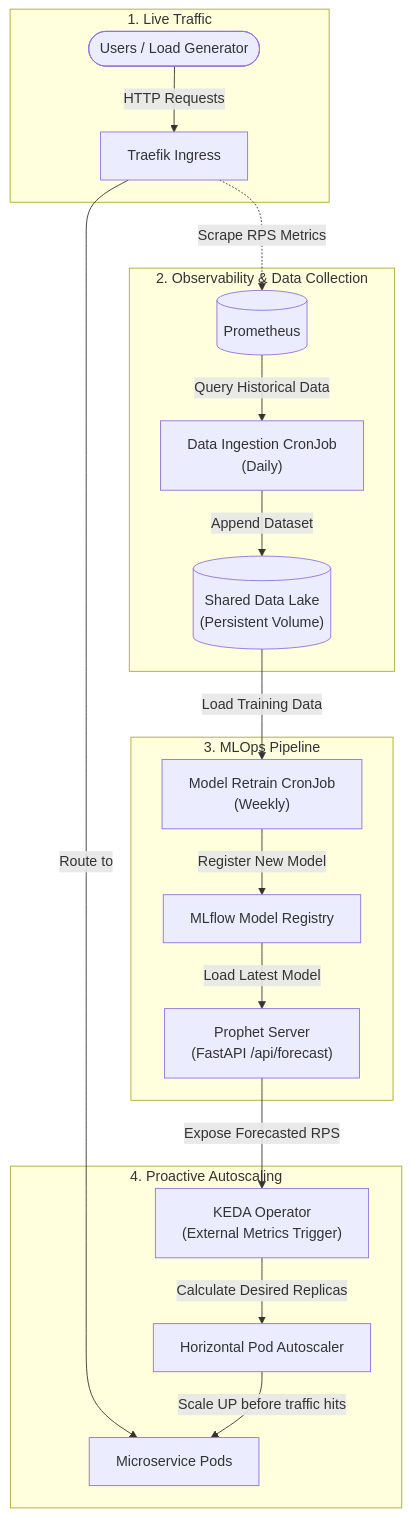
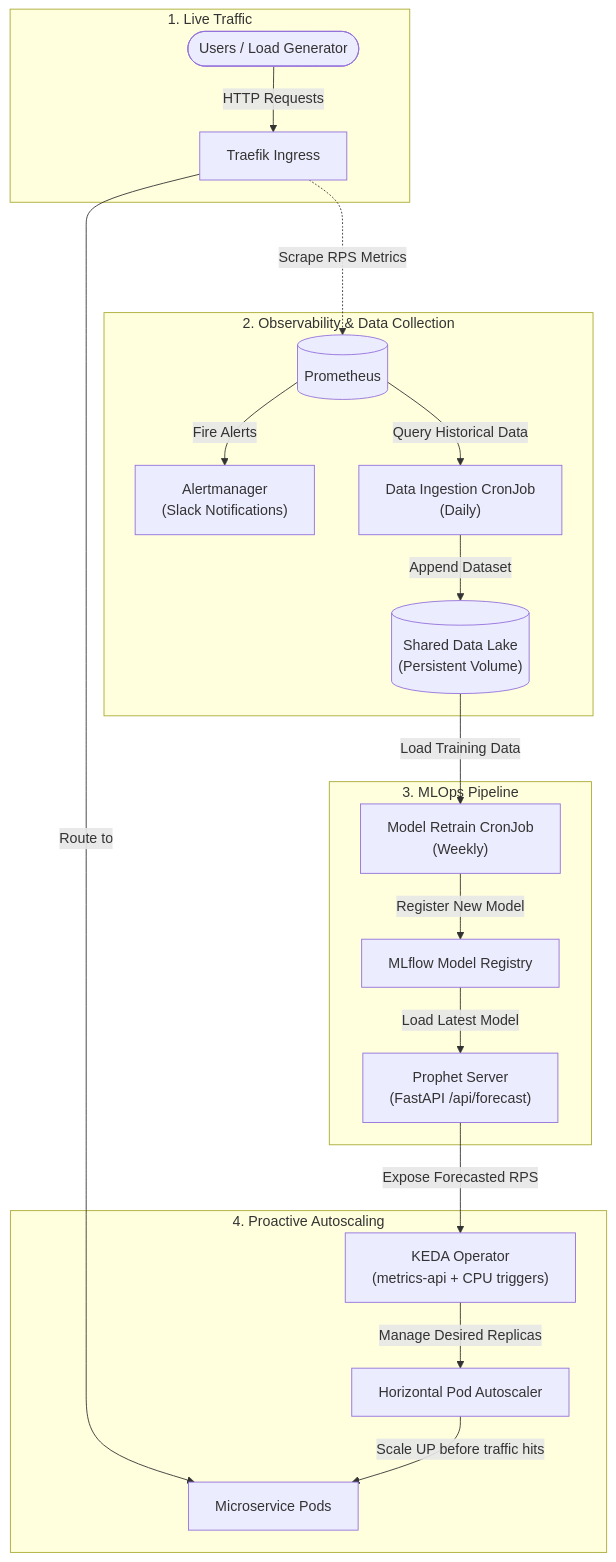
Before and after one commit to hmdat-1706/proactive-scaling-microservices: the first of 3 diagrams in README.md, drawn with Mermaid. The commit also changed other lines of this file, not shown here.

````diff
--- a/README.md
+++ b/README.md
@@ -101,37 +105,39 @@
 ```mermaid
 graph TD
     subgraph TRAFFIC ["1. Live Traffic"]
         User(["Users / Load Generator"])
         Ingress["Traefik Ingress"]
     end
 
     subgraph OBSERVE ["2. Observability & Data Collection"]
         Prometheus[("Prometheus")]
+        Alertmanager["Alertmanager\n(Slack Notifications)"]
         DataIngest["Data Ingestion CronJob\n(Daily)"]
         PV[("Shared Data Lake\n(Persistent Volume)")]
     end
 
     subgraph MLOPS ["3. MLOps Pipeline"]
         Retrain["Model Retrain CronJob\n(Weekly)"]
         MLflow["MLflow Model Registry"]
         Prophet["Prophet Server\n(FastAPI /api/forecast)"]
     end
 
     subgraph SCALE ["4. Proactive Autoscaling"]
-        KEDA["KEDA Operator\n(External Metrics Trigger)"]
+        KEDA["KEDA Operator\n(metrics-api + CPU triggers)"]
         HPA["Horizontal Pod Autoscaler"]
         Pods["Microservice Pods"]
     end
 
     User -->|"HTTP Requests"| Ingress
     Ingress -->|"Route to"| Pods
-    Ingress -.->|"Scrape RPS Metrics"| Prometheus
+    Ingress -..->|"Scrape RPS Metrics"| Prometheus
+    Prometheus -->|"Fire Alerts"| Alertmanager
     Prometheus -->|"Query Historical Data"| DataIngest
     DataIngest -->|"Append Dataset"| PV
     PV -->|"Load Training Data"| Retrain
     Retrain -->|"Register New Model"| MLflow
     MLflow -->|"Load Latest Model"| Prophet
     Prophet -->|"Expose Forecasted RPS"| KEDA
-    KEDA -->|"Calculate Desired Replicas"| HPA
+    KEDA -->|"Manage Desired Replicas"| HPA
     HPA -->|"Scale UP before traffic hits"| Pods
 ```
````
